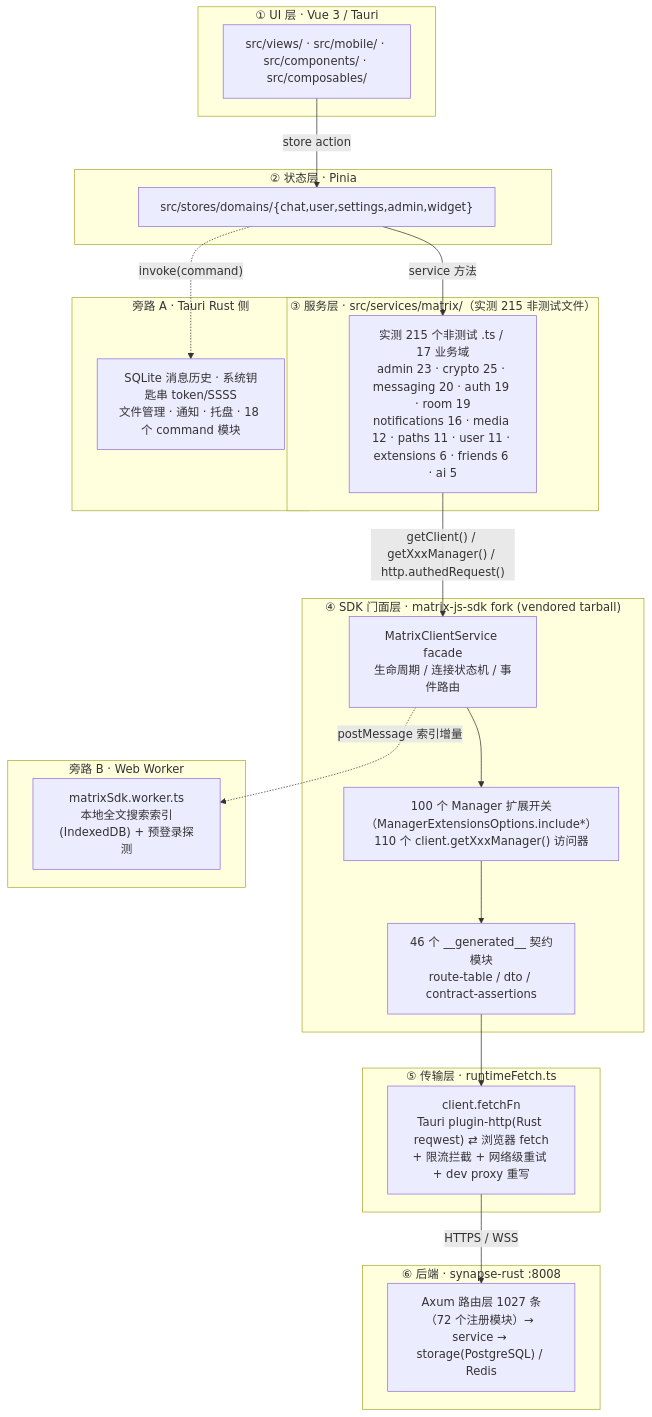
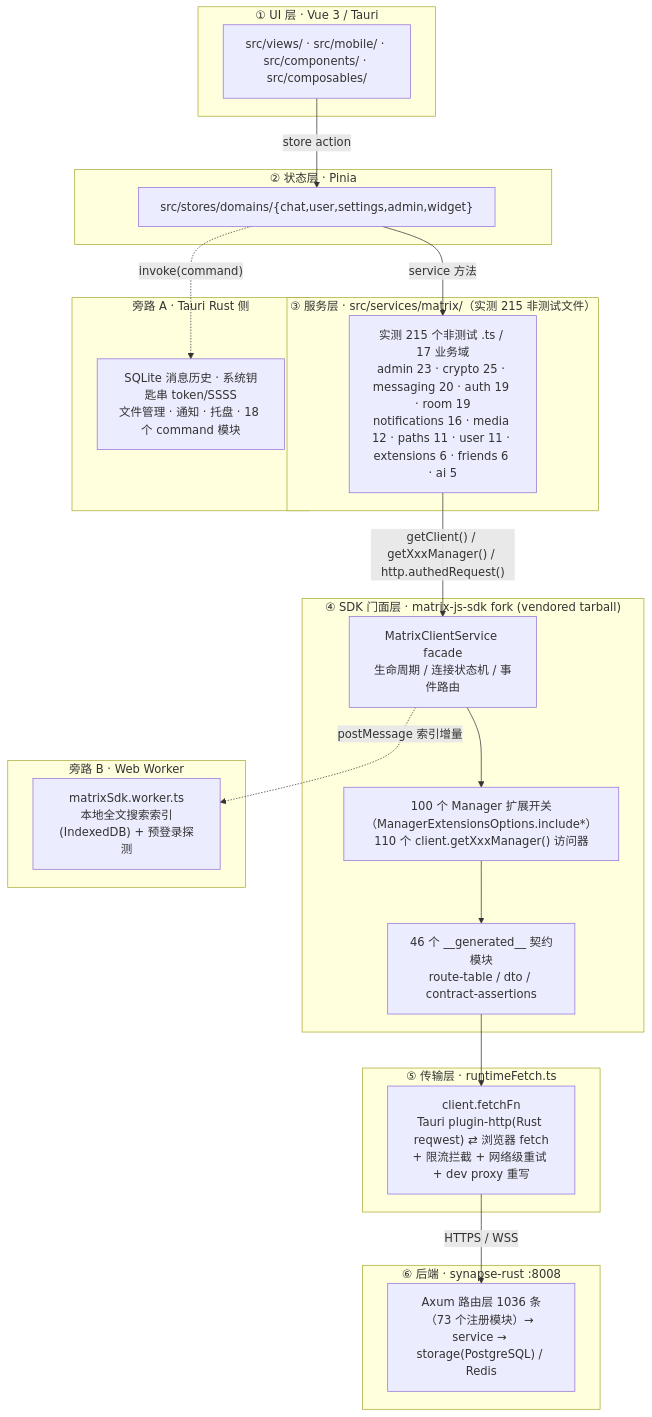
One commit to langkebo/hula changed the first of 4 diagrams in docs/Tjg-SDK-集成架构与能力图谱-2026-10-08.md. Above: the diagram before and after it, drawn with Mermaid. The commit also changed other lines of this file and 6 other files, not shown here.

````diff
--- a/docs/Tjg-SDK-集成架构与能力图谱-2026-10-08.md
+++ b/docs/Tjg-SDK-集成架构与能力图谱-2026-10-08.md
@@ -32,47 +32,47 @@
 ```mermaid
 flowchart TB
     subgraph L1["① UI 层 · Vue 3 / Tauri"]
         UI["src/views/ · src/mobile/ · src/components/ · src/composables/"]
     end
 
     subgraph L2["② 状态层 · Pinia"]
         ST["src/stores/domains/{chat,user,settings,admin,widget}"]
     end
 
     subgraph L3["③ 服务层 · src/services/matrix/（实测 215 非测试文件）"]
         SV["实测 215 个非测试 .ts / 17 业务域<br/>admin 23 · crypto 25 · messaging 20 · auth 19 · room 19<br/>notifications 16 · media 12 · paths 11 · user 11 · extensions 6 · friends 6 · ai 5"]
     end
 
     subgraph L4["④ SDK 门面层 · matrix-js-sdk fork (vendored tarball)"]
         SDK1["MatrixClientService facade<br/>生命周期 / 连接状态机 / 事件路由"]
         SDK2["100 个 Manager 扩展开关（ManagerExtensionsOptions.include*）<br/>110 个 client.getXxxManager() 访问器"]
         SDK3["46 个 __generated__ 契约模块<br/>route-table / dto / contract-assertions"]
     end
 
     subgraph L5["⑤ 传输层 · runtimeFetch.ts"]
         NET["client.fetchFn<br/>Tauri plugin-http(Rust reqwest) ⇄ 浏览器 fetch<br/>+ 限流拦截 + 网络级重试 + dev proxy 重写"]
     end
 
     subgraph L6["⑥ 后端 · synapse-rust :8008"]
-        BE["Axum 路由层 1027 条（72 个注册模块）→ service → storage(PostgreSQL) / Redis"]
+        BE["Axum 路由层 1036 条（73 个注册模块）→ service → storage(PostgreSQL) / Redis"]
     end
 
     UI -->|"store action"| ST
     ST -->|"service 方法"| SV
     SV -->|"getClient() / getXxxManager() / http.authedRequest()"| SDK1
     SDK1 --> SDK2
     SDK2 --> SDK3
     SDK3 --> NET
     NET -->|"HTTPS / WSS"| BE
 
     subgraph SIDE1["旁路 A · Tauri Rust 侧"]
         TAURI["SQLite 消息历史 · 系统钥匙串 token/SSSS<br/>文件管理 · 通知 · 托盘 · 18 个 command 模块"]
     end
 
     subgraph SIDE2["旁路 B · Web Worker"]
         WK["matrixSdk.worker.ts<br/>本地全文搜索索引(IndexedDB) + 预登录探测"]
     end
 
     ST -.->|"invoke(command)"| TAURI
     SDK1 -.->|"postMessage 索引增量"| WK
 ```
````
